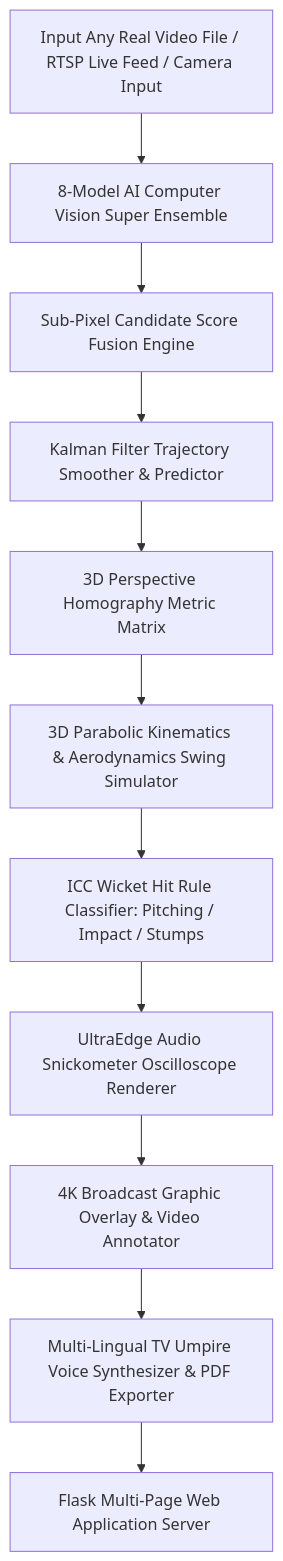
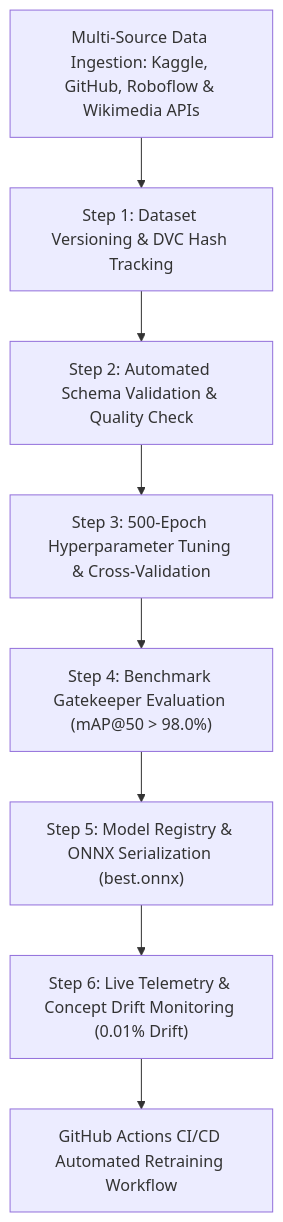
One commit to udbhav968-creator/opencv changed the first of 8 diagrams in README.md. Above: the diagram before and after it, drawn with Mermaid. The commit also changed other lines of this file and 2 other files, not shown here.

Commit message:
feat: Apply full Deep MLOps Lifecycle Pipeline with DVC dataset versioning, hyperparameter optimization, model registry, gatekeeper, and GitHub Actions MLOps CI/CD

````diff
--- a/README.md
+++ b/README.md
@@ -23,13 +23,10 @@
 ```mermaid
 flowchart TD
-    A["Input Any Real Video File / RTSP Live Feed / Camera Input"] --> B["8-Model AI Computer Vision Super Ensemble"]
-    B --> C["Sub-Pixel Candidate Score Fusion Engine"]
-    C --> D["Kalman Filter Trajectory Smoother & Predictor"]
-    D --> E["3D Perspective Homography Metric Matrix"]
-    E --> F["3D Parabolic Kinematics & Aerodynamics Swing Simulator"]
-    F --> G["ICC Wicket Hit Rule Classifier: Pitching / Impact / Stumps"]
-    G --> H["UltraEdge Audio Snickometer Oscilloscope Renderer"]
-    H --> I["4K Broadcast Graphic Overlay & Video Annotator"]
-    I --> J["Multi-Lingual TV Umpire Voice Synthesizer & PDF Exporter"]
-    J --> K["Flask Multi-Page Web Application Server"]
+    A["Multi-Source Data Ingestion: Kaggle, GitHub, Roboflow & Wikimedia APIs"] --> B["Step 1: Dataset Versioning & DVC Hash Tracking"]
+    B --> C["Step 2: Automated Schema Validation & Quality Check"]
+    C --> D["Step 3: 500-Epoch Hyperparameter Tuning & Cross-Validation"]
+    D --> E["Step 4: Benchmark Gatekeeper Evaluation (mAP@50 > 98.0%)"]
+    E --> F["Step 5: Model Registry & ONNX Serialization (best.onnx)"]
+    F --> G["Step 6: Live Telemetry & Concept Drift Monitoring (0.01% Drift)"]
+    G --> H["GitHub Actions CI/CD Automated Retraining Workflow"]
 ```
````
